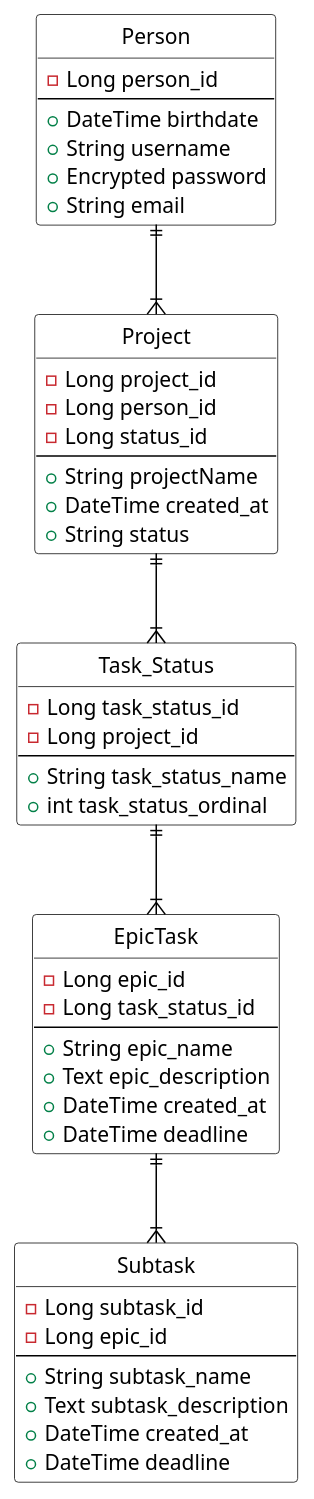
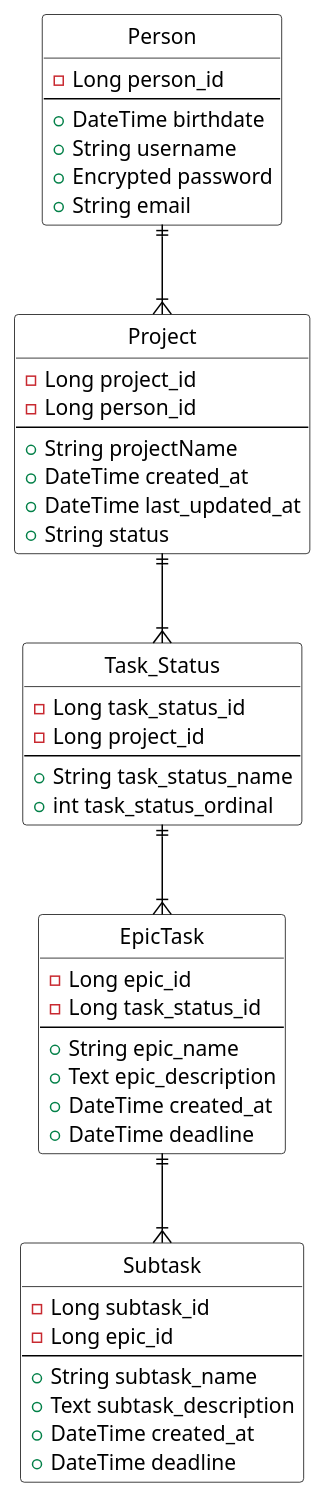
One commit to pavel1111111/task_tracker changed the diagram in ER.puml. Above: the diagram before and after it, drawn with PlantUML. The commit also changed 8 other files, not shown here.

```diff
--- a/ER.puml
+++ b/ER.puml
@@ -1,65 +1,65 @@
 @startuml
 
 skinparam linetype ortho
 skinparam packageStyle rectangle
 skinparam shadowing false
 skinparam class {
     BackgroundColor White
     BorderColor Black
     ArrowColor Black
 }
 hide circle
 
 class "Person" as Person{
     - Long person_id
     ---
     + DateTime birthdate
     + String username
     + Encrypted password
     + String email
 }
 
 class "Project" as Project{
     - Long project_id
     - Long person_id
-    - Long status_id
     ---
     + String projectName
     + DateTime created_at
+    + DateTime last_updated_at
     + String status
 }
 
 class "Task_Status" as TaskStatus{
     - Long task_status_id
     - Long project_id
     ---
     + String task_status_name
     + int task_status_ordinal
 }
 
 class "EpicTask" as EpicTask{
     - Long epic_id
     - Long task_status_id
     ---
     + String epic_name
     + Text epic_description
     + DateTime created_at
     + DateTime deadline
 }
 
 class "Subtask" as Subtask{
     - Long subtask_id
     - Long epic_id
     ---
     + String subtask_name
     + Text subtask_description
     + DateTime created_at
     + DateTime deadline
 }
 
 Person ||--|{ Project
 Project ||--|{ TaskStatus
 TaskStatus ||--|{ EpicTask
 EpicTask ||--|{ Subtask
 
 @enduml
```
